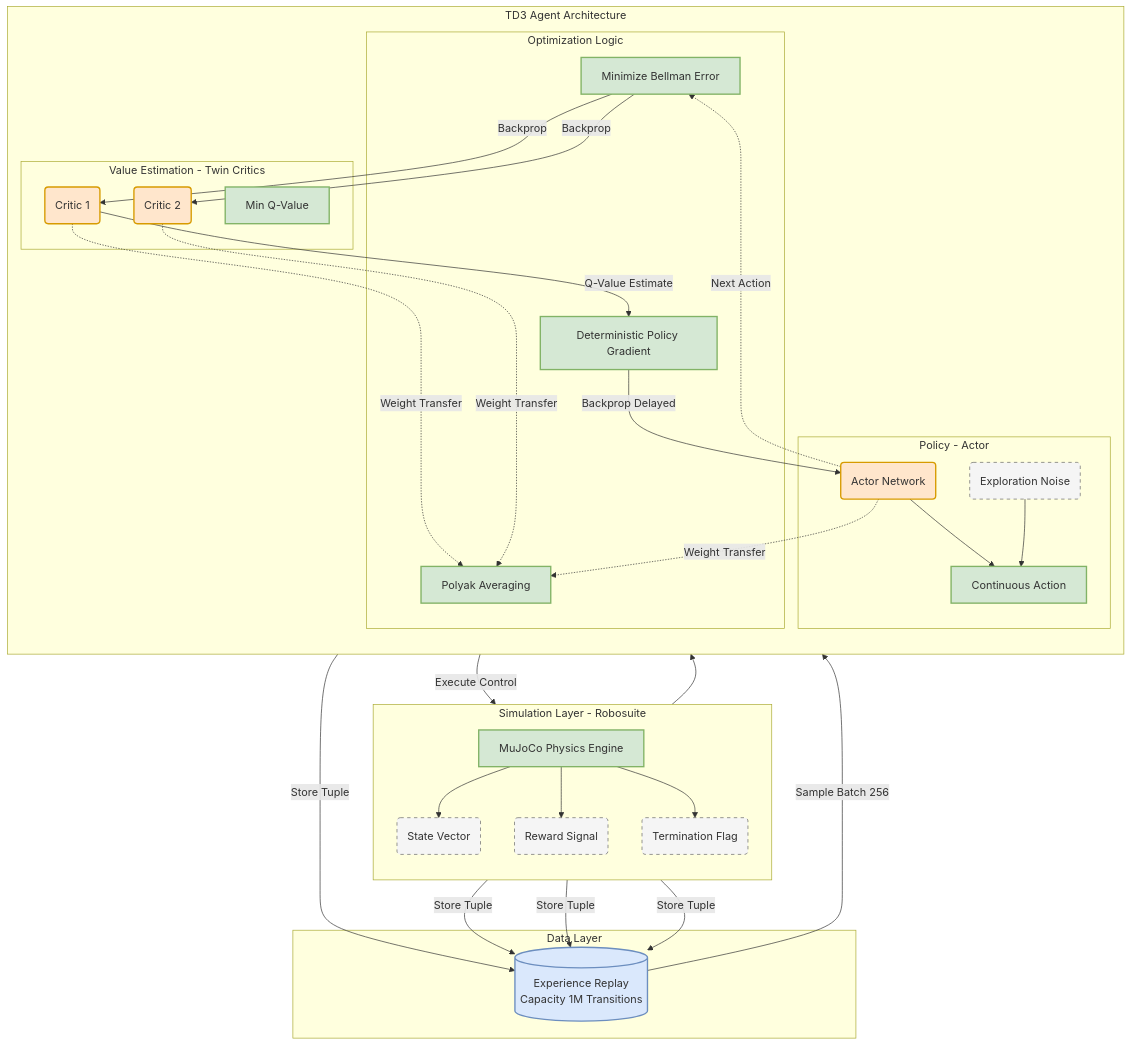
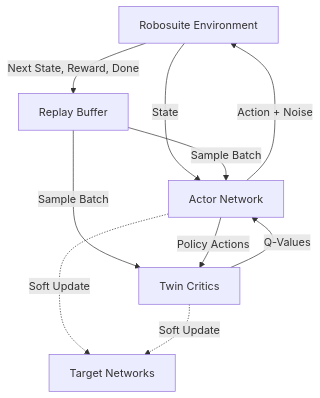
The diagram in README.md (Omkarkkale/Autonomous-Robotic-Arm-Control-using-Reinforcement-Learning), drawn with Mermaid before and after one commit.

Commit message:
Docs: Simplify architecture diagram to basic boxes

````diff
--- a/README.md
+++ b/README.md
@@ -91,71 +91,26 @@
 ```mermaid
 graph TD
-    %% Visual Styling
-    classDef storage fill:#DAE8FC,stroke:#6C8EBF,stroke-width:2px;
-    classDef process fill:#D5E8D4,stroke:#82B366,stroke-width:2px;
-    classDef model   fill:#FFE6CC,stroke:#D79B00,stroke-width:2px;
-    classDef param   fill:#F5F5F5,stroke:#666666,stroke-width:1px,stroke-dasharray: 5 5;
+    %% Entities
+    Env[Robosuite Environment]
+    Buffer[Replay Buffer]
+    Actor[Actor Network]
+    Critic[Twin Critics]
+    Target[Target Networks]
 
-    %% --- ENVIRONMENT ---
-    subgraph ENV_LAYER [Simulation Layer - Robosuite]
-        direction TB
-        Obs(State Vector):::param
-        Reward(Reward Signal):::param
-        Done(Termination Flag):::param
-        Physics[MuJoCo Physics Engine]:::process
-    end
+    %% Interaction Loop
+    Env -->|State| Actor
+    Actor -->|Action + Noise| Env
+    Env -->|Next State, Reward, Done| Buffer
 
-    %% --- MEMORY ---
-    subgraph DATA_LAYER [Data Layer]
-        ReplayBuffer[("Experience Replay<br>Capacity 1M Transitions")]:::storage
-    end
-
-    %% --- AGENT ---
-    subgraph AGENT_LAYER [TD3 Agent Architecture]
-        direction TB
-        
-        subgraph ACTOR_BLOCK [Policy - Actor]
-            Actor(Actor Network):::model
-            Action[Continuous Action]:::process
-            Noise(Exploration Noise):::param
-        end
-
-        subgraph CRITIC_BLOCK [Value Estimation - Twin Critics]
-            Critic1(Critic 1):::model
-            Critic2(Critic 2):::model
-            MinQ[Min Q-Value]:::process
-        end
-        
-        subgraph UPDATE_BLOCK [Optimization Logic]
-            Bellman[Minimize Bellman Error]:::process
-            PolicyGrad[Deterministic Policy Gradient]:::process
-            SoftUpdate[Polyak Averaging]:::process
-        end
-    end
-
-    %% --- CONNECTIONS ---
+    %% Training Loop
+    Buffer -->|Sample Batch| Actor
+    Buffer -->|Sample Batch| Critic
     
-    %% Interaction Information Flow
-    Physics --> Obs & Reward & Done
-    Obs --> Actor
-    Actor --> Action
-    Noise --> Action
-    Action -->|Execute Control| Physics
+    %% Updates
+    Actor -->|Policy Actions| Critic
+    Critic -->|Q-Values| Actor
     
-    %% Data Storage Flow
-    Obs & Action & Reward & Done -->|Store Tuple| ReplayBuffer
-    
-    %% Training Data Flow
-    ReplayBuffer -->|Sample Batch 256| Bellman
-    
-    %% Critic Updates
-    Bellman -->|Backprop| Critic1 & Critic2
-    Actor -.->|Next Action| Bellman
-    
-    %% Actor Updates (Delayed)
-    Critic1 -->|Q-Value Estimate| PolicyGrad
-    PolicyGrad -->|Backprop Delayed| Actor
-    
-    %% Target Networks
-    Actor & Critic1 & Critic2 -.->|Weight Transfer| SoftUpdate
+    %% Target Sync
+    Actor -.->|Soft Update| Target
+    Critic -.->|Soft Update| Target
 ```
````
